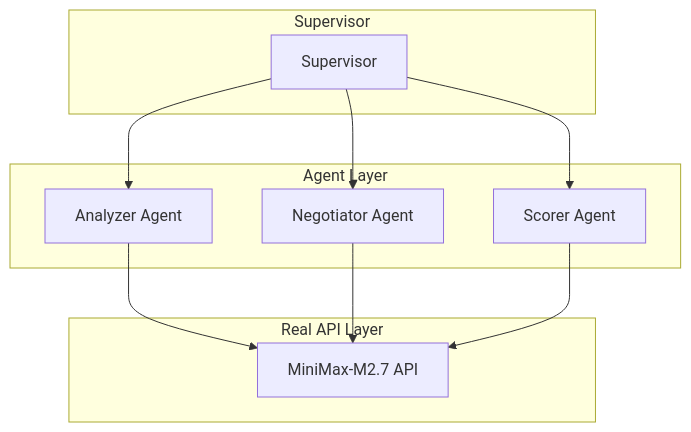
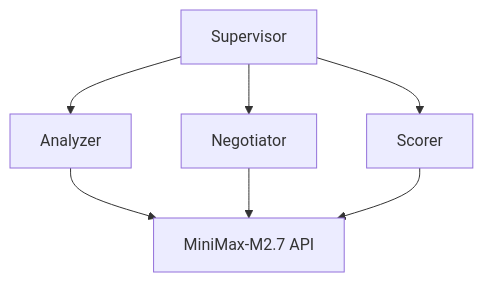
One commit to xiangbianpangde/mas-evolution-test changed the diagram in README.md. Above: the diagram before and after it, drawn with Mermaid. The commit also changed other lines of this file, not shown here.

````diff
--- a/README.md
+++ b/README.md
@@ -22,23 +33,13 @@
 ```mermaid
 graph TB
-    subgraph "Real API Layer"
-        LLM[MiniMax-M2.7 API]
-    end
-    
-    subgraph "Agent Layer"
-        A[Analyzer Agent]
-        N[Negotiator Agent]
-        S[Scorer Agent]
-    end
-    
-    subgraph "Supervisor"
-        SUP[Supervisor]
-    end
-    
-    SUP --> A
+    LLM[MiniMax-M2.7 API]
+    A[Analyzer]
+    N[Negotiator]
+    S[Scorer]
+    SUP[Supervisor] --> A
+    SUP --> N
+    SUP --> S
     A --> LLM
-    SUP --> N
     N --> LLM
-    SUP --> S
     S --> LLM
 ```
````
